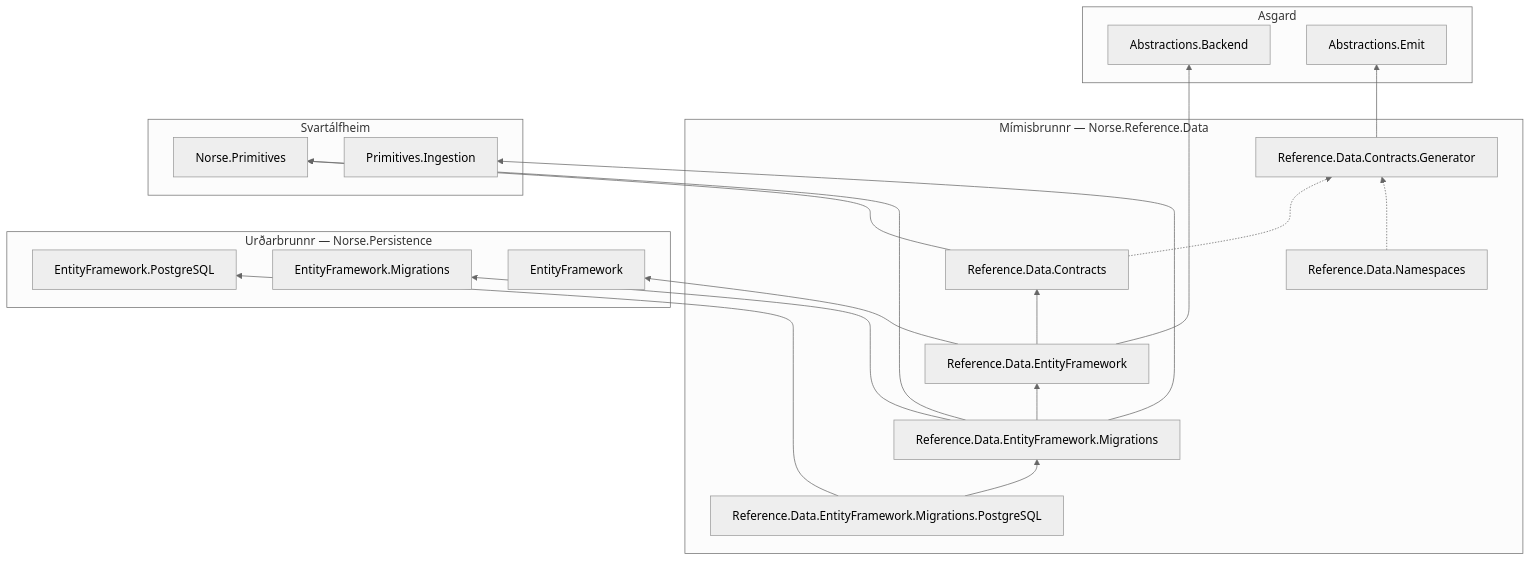
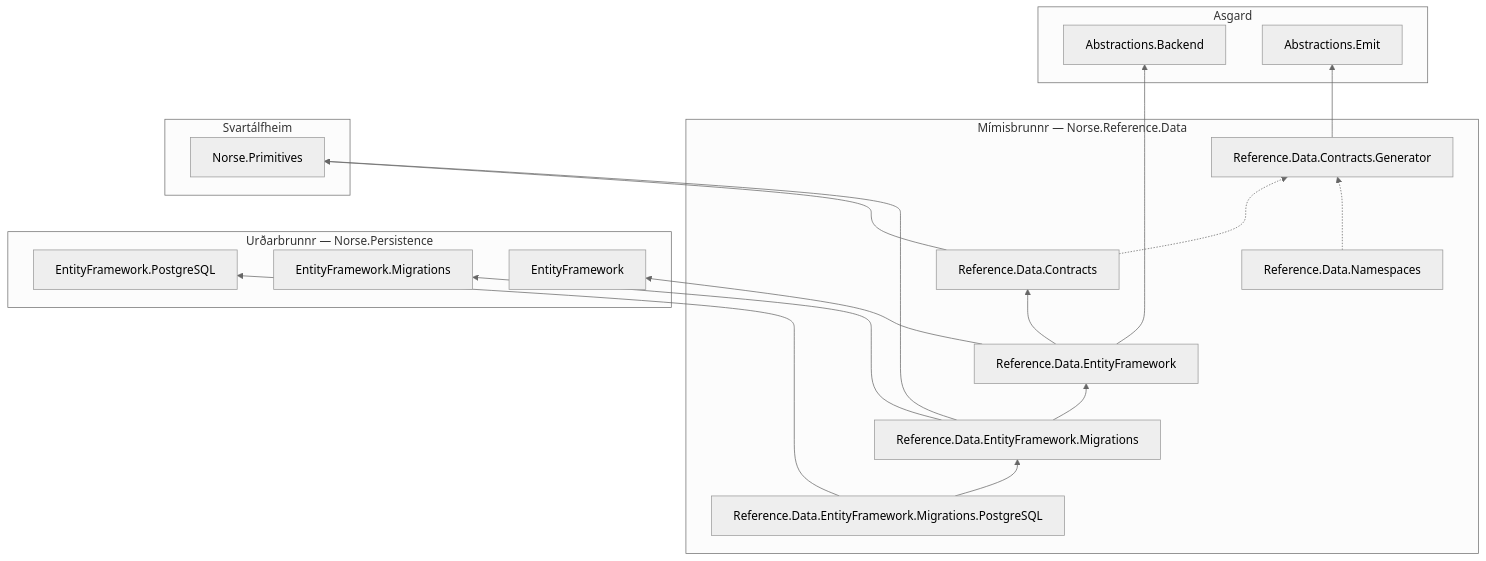
The first of 2 diagrams in README.md (NorseArchitecture/Mimisbrunnr), drawn with Mermaid (neutral theme) before and after one commit. The commit also changed other lines of this file and 9 other files, not shown here.

Commit message:
Seeds over HyperTabular: header-first, async, cancellable readers replace Primitives.Ingestion

````diff
--- a/README.md
+++ b/README.md
@@ -17,37 +17,35 @@
 ```mermaid
 flowchart BT
 	subgraph Mimisbrunnr["Mímisbrunnr — Norse.Reference.Data"]
 		MigrationsPg["Reference.Data.EntityFramework.Migrations.PostgreSQL"]
 		Migrations["Reference.Data.EntityFramework.Migrations"]
 		EntityFramework["Reference.Data.EntityFramework"]
 		RefPrimitives["Reference.Data.Contracts"]
 		Namespaces["Reference.Data.Namespaces"]
 		Generator["Reference.Data.Contracts.Generator"]
 	end
 	subgraph Asgard
 		Backend["Abstractions.Backend"]
 		Emit["Abstractions.Emit"]
 	end
 	subgraph Urdarbrunnr["Urðarbrunnr — Norse.Persistence"]
 		PEFPg["EntityFramework.PostgreSQL"]
 		PEFMigrations["EntityFramework.Migrations"]
 		PEF["EntityFramework"]
 	end
 	subgraph Svartalfheim["Svartálfheim"]
 		Primitives["Norse.Primitives"]
-		Ingestion["Primitives.Ingestion"]
 	end
 	EntityFramework --> RefPrimitives
 	EntityFramework --> Backend
 	EntityFramework --> PEF
 	RefPrimitives --> Primitives
 	Migrations --> EntityFramework
 	Migrations --> PEFMigrations
 	Migrations --> Primitives
-	Migrations --> Ingestion
 	MigrationsPg --> Migrations
 	MigrationsPg --> PEFPg
 	RefPrimitives -.-> Generator
 	Namespaces -.-> Generator
 	Generator --> Emit
 ```
````
